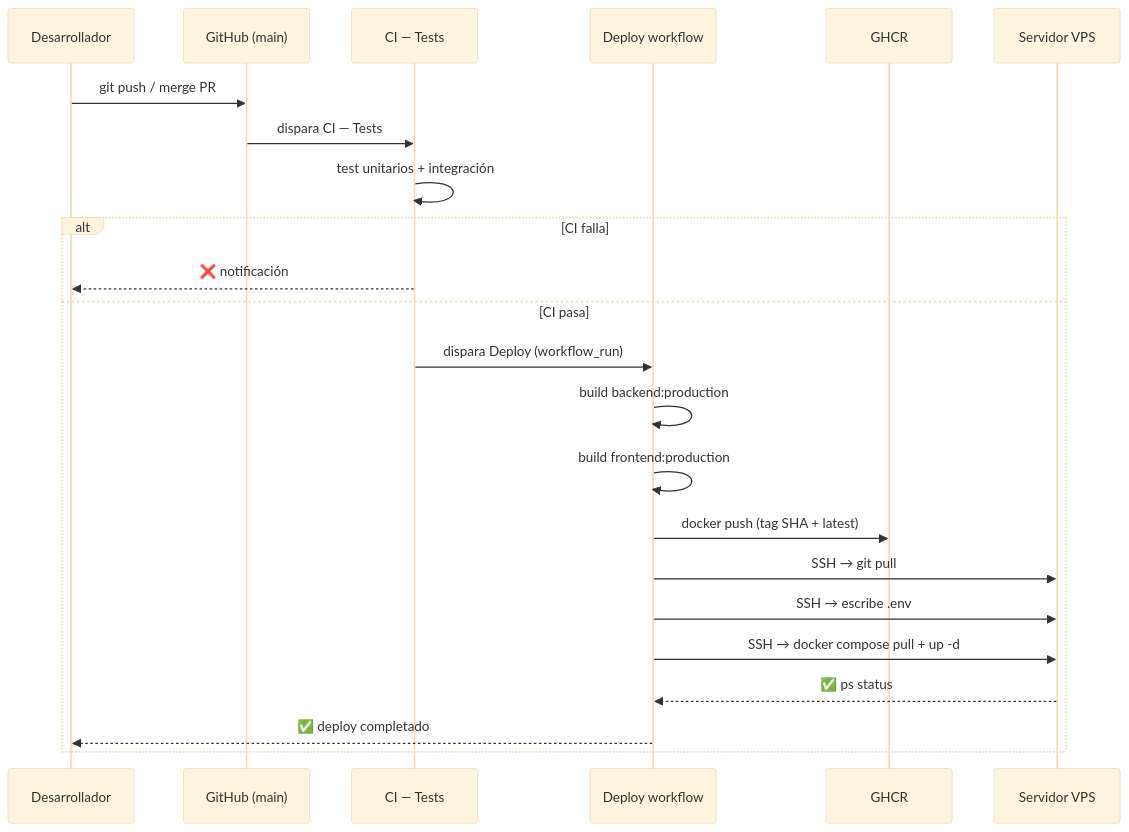
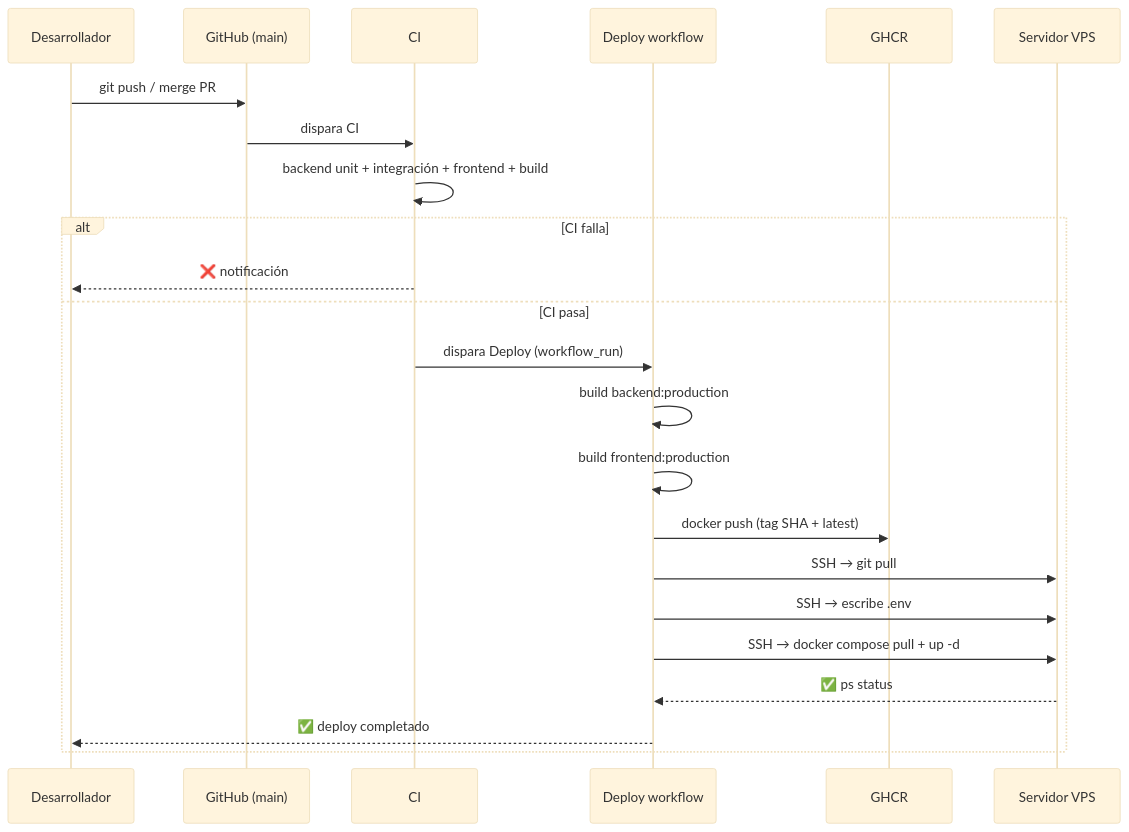
Before and after one commit to ualbrl973/versus2026: the second of 2 diagrams in docs/arquitectura/deployment.md, drawn with Mermaid (base theme). The commit also changed other lines of this file and 11 other files, not shown here.

First line of the commit message:
Add CI job for production build verification and improve test feedback (#169)

````diff
--- a/docs/arquitectura/deployment.md
+++ b/docs/arquitectura/deployment.md
@@ -72,26 +72,26 @@
 ```mermaid
 sequenceDiagram
     participant Dev as Desarrollador
     participant GH as GitHub (main)
-    participant CI as CI — Tests
+    participant CI as CI
     participant Deploy as Deploy workflow
     participant GHCR as GHCR
     participant VPS as Servidor VPS
 
     Dev->>GH: git push / merge PR
-    GH->>CI: dispara CI — Tests
-    CI->>CI: test unitarios + integración
+    GH->>CI: dispara CI
+    CI->>CI: backend unit + integración + frontend + build
     alt CI falla
         CI-->>Dev: ❌ notificación
     else CI pasa
         CI->>Deploy: dispara Deploy (workflow_run)
         Deploy->>Deploy: build backend:production
         Deploy->>Deploy: build frontend:production
         Deploy->>GHCR: docker push (tag SHA + latest)
         Deploy->>VPS: SSH → git pull
         Deploy->>VPS: SSH → escribe .env
         Deploy->>VPS: SSH → docker compose pull + up -d
         VPS-->>Deploy: ✅ ps status
         Deploy-->>Dev: ✅ deploy completado
     end
 ```
````
